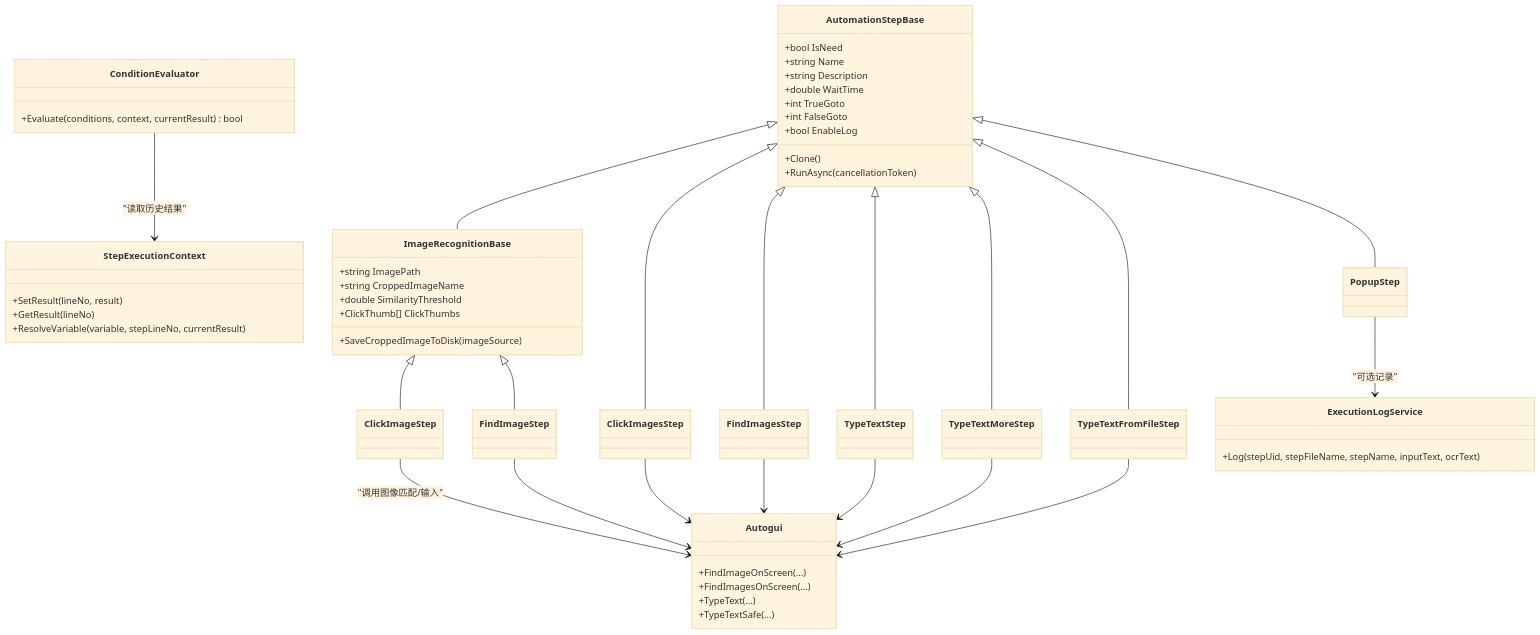
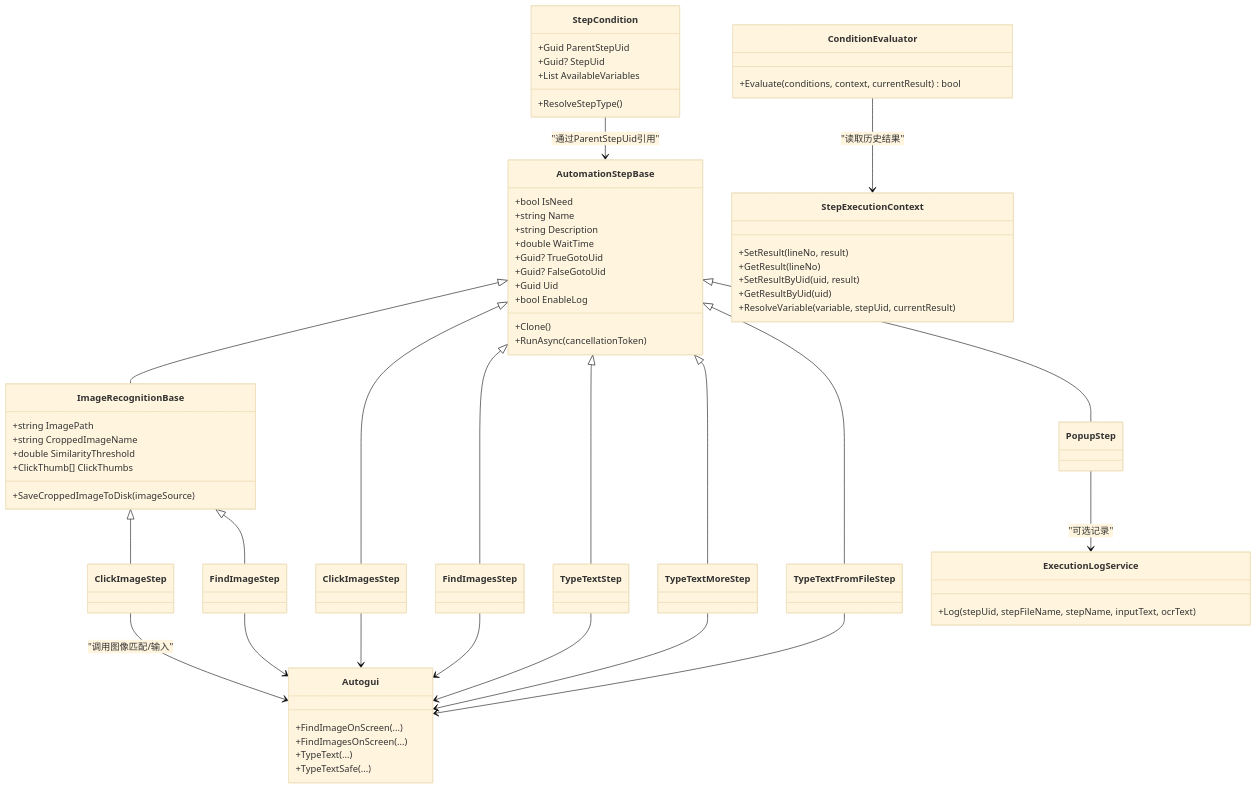
Before and after one commit to yooxii/ShaoLuAuto: the fifth of 5 diagrams in .qoder/repowiki/zh/content/自动化步骤系统/自动化步骤系统.md, drawn with Mermaid (base theme). The commit also changed other lines of this file and 45 other files, not shown here.

````diff
--- a/.qoder/repowiki/zh/content/自动化步骤系统/自动化步骤系统.md
+++ b/.qoder/repowiki/zh/content/自动化步骤系统/自动化步骤系统.md
@@ -284,64 +307,74 @@
 ```mermaid
 classDiagram
 class AutomationStepBase {
 +bool IsNeed
 +string Name
 +string Description
 +double WaitTime
-+int TrueGoto
-+int FalseGoto
++Guid? TrueGotoUid
++Guid? FalseGotoUid
++Guid Uid
 +bool EnableLog
 +Clone()
 +RunAsync(cancellationToken)
 }
 class ImageRecognitionBase {
 +string ImagePath
 +string CroppedImageName
 +double SimilarityThreshold
 +ClickThumb[] ClickThumbs
 +SaveCroppedImageToDisk(imageSource)
 }
 class ClickImageStep
 class FindImageStep
 class ClickImagesStep
 class FindImagesStep
 class TypeTextStep
 class TypeTextMoreStep
 class TypeTextFromFileStep
 class PopupStep
 class Autogui {
 +FindImageOnScreen(...)
 +FindImagesOnScreen(...)
 +TypeText(...)
 +TypeTextSafe(...)
 }
 class StepExecutionContext {
 +SetResult(lineNo, result)
 +GetResult(lineNo)
-+ResolveVariable(variable, stepLineNo, currentResult)
++SetResultByUid(uid, result)
++GetResultByUid(uid)
++ResolveVariable(variable, stepUid, currentResult)
 }
 class ConditionEvaluator {
 +Evaluate(conditions, context, currentResult) bool
 }
 class ExecutionLogService {
 +Log(stepUid, stepFileName, stepName, inputText, ocrText)
+}
+class StepCondition {
++Guid ParentStepUid
++Guid? StepUid
++List AvailableVariables
++ResolveStepType()
 }
 AutomationStepBase <|-- ImageRecognitionBase
 ImageRecognitionBase <|-- ClickImageStep
 ImageRecognitionBase <|-- FindImageStep
 AutomationStepBase <|-- ClickImagesStep
 AutomationStepBase <|-- FindImagesStep
 AutomationStepBase <|-- TypeTextStep
 AutomationStepBase <|-- TypeTextMoreStep
 AutomationStepBase <|-- TypeTextFromFileStep
 AutomationStepBase <|-- PopupStep
 ClickImageStep --> Autogui : "调用图像匹配/输入"
 FindImageStep --> Autogui
 ClickImagesStep --> Autogui
 FindImagesStep --> Autogui
 TypeTextStep --> Autogui
 TypeTextMoreStep --> Autogui
 TypeTextFromFileStep --> Autogui
 PopupStep --> ExecutionLogService : "可选记录"
 ConditionEvaluator --> StepExecutionContext : "读取历史结果"
+StepCondition --> AutomationStepBase : "通过ParentStepUid引用"
 ```
````
